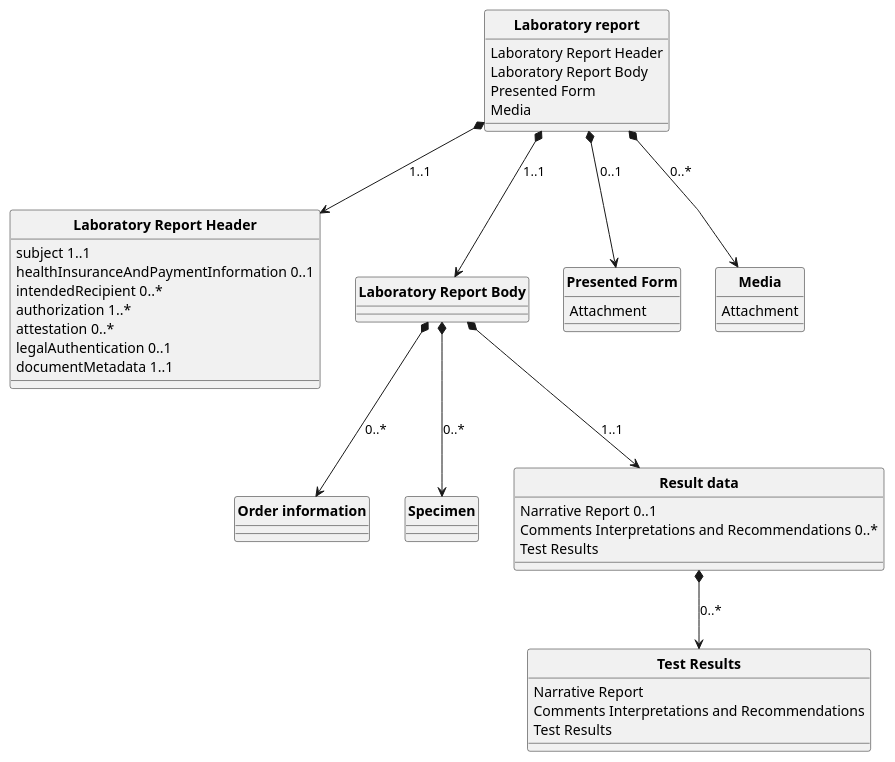
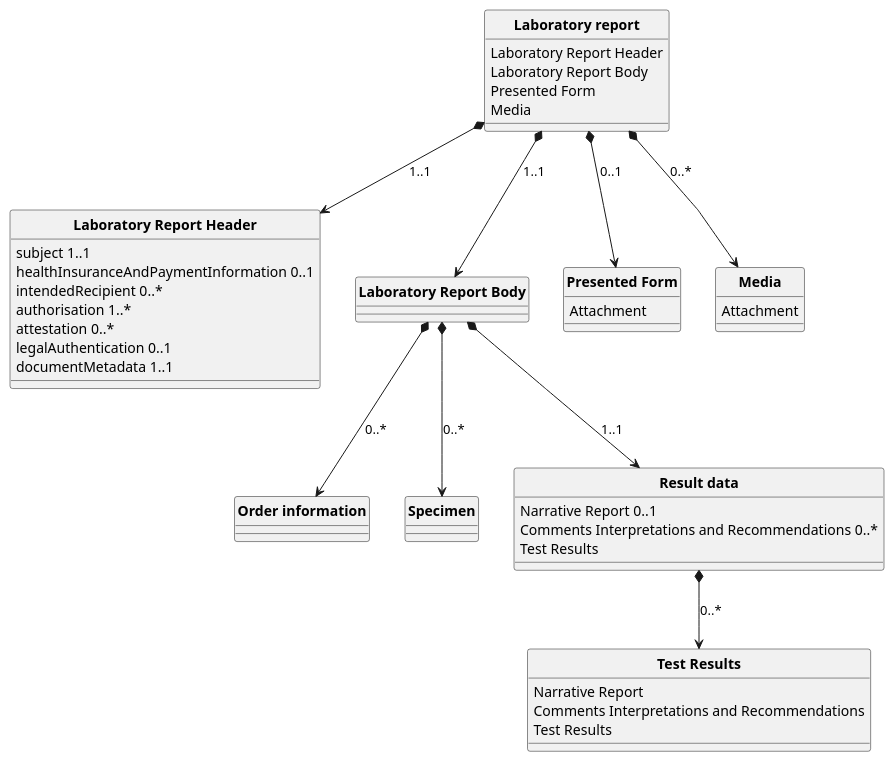
Before and after one commit to Xt-EHR/xt-ehr-common: the diagram in input/images-source/laboratory_report.plantuml, drawn with PlantUML. The commit also changed 16 other files, not shown here.

```diff
--- a/input/images-source/laboratory_report.plantuml
+++ b/input/images-source/laboratory_report.plantuml
@@ -1,68 +1,68 @@
 @startuml
 skinparam linetype polyline
 hide circle
 hide stereotype
 
 
 class "**Laboratory report**" as labReport{
   Laboratory Report Header
   Laboratory Report Body
   Presented Form
   Media
 }
 
 labReport *--> header: "1..1"
 labReport *--> body: "1..1"
 labReport *--> presentedForm: "0..1"
 labReport *--> media: "0..*"
 
 class "**Laboratory Report Header**" as header{
   subject 1..1
   healthInsuranceAndPaymentInformation 0..1
   intendedRecipient 0..*
-  authorization 1..*
+  authorisation 1..*
   attestation 0..*
   legalAuthentication 0..1
   documentMetadata 1..1
 }
 
 class "**Laboratory Report Body**" as body{
 }
 
 body *--> orderInformation: "0..*"
 body *--> specimen: "0..*"
 body *--> resultData: "1..1"
 
 class "**Order information**" as orderInformation {
 
 }
 
 class "**Specimen**" as specimen {
 
 }
 
 class "**Result data**" as resultData {
   Narrative Report 0..1
   Comments Interpretations and Recommendations 0..*
   Test Results
 }
 
 resultData *--> results: 0..*
 
 class "**Test Results**" as results {
   Narrative Report
   Comments Interpretations and Recommendations
   Test Results
 }
 
 
 class "**Presented Form**" as presentedForm {
   Attachment
 }
 
 class "**Media**" as media {
   Attachment
 }
 
 
 @enduml
```
